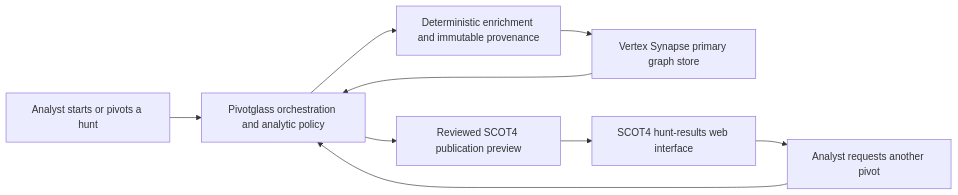
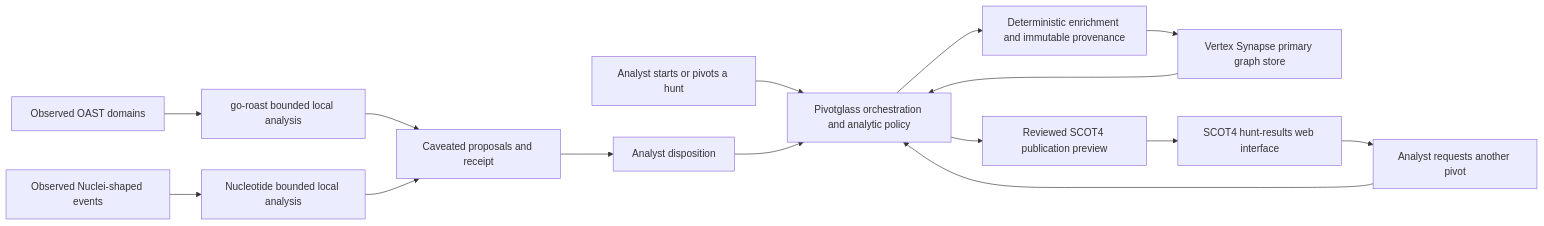
Before and after one commit to jarocki/pivotglass: the diagram in docs/EXTERNAL_INTEGRATIONS.md, drawn with Mermaid. The commit also changed other lines of this file and 26 other files, not shown here.

Commit message:
Add go-roast and Nucleotide analysis adapters

````diff
--- a/docs/EXTERNAL_INTEGRATIONS.md
+++ b/docs/EXTERNAL_INTEGRATIONS.md
@@ -24,11 +29,17 @@
 ```mermaid
 flowchart LR
     A["Analyst starts or pivots a hunt"] --> P["Pivotglass orchestration and analytic policy"]
     P --> E["Deterministic enrichment and immutable provenance"]
     E --> S["Vertex Synapse primary graph store"]
     S --> P
     P --> V["Reviewed SCOT4 publication preview"]
     V --> C["SCOT4 hunt-results web interface"]
     C --> R["Analyst requests another pivot"]
     R --> P
+    O["Observed OAST domains"] --> G["go-roast bounded local analysis"]
+    N["Observed Nuclei-shaped events"] --> U["Nucleotide bounded local analysis"]
+    G --> D["Caveated proposals and receipt"]
+    U --> D
+    D --> H["Analyst disposition"]
+    H --> P
 ```
````
